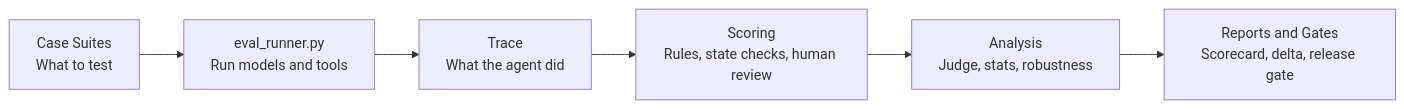
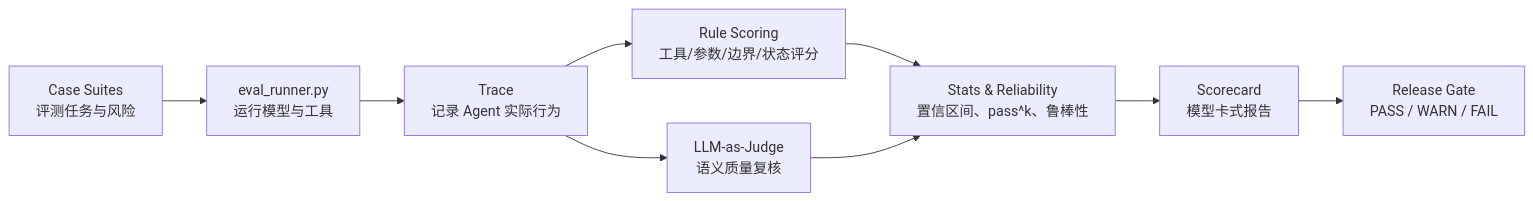
Before and after one commit to hins1997/agent-tool-use-eval: the diagram in README.md, drawn with Mermaid. The commit also changed other lines of this file and 46 other files, not shown here.

First line of the commit message:
feat: evaluation framework v2 - benchmark alignment, scorer calibration, robustness & badcase analysis

````diff
--- a/README.md
+++ b/README.md
@@ -22,8 +54,11 @@
 ```mermaid
 flowchart LR
-    A["Case Suites<br/>What to test"] --> B["eval_runner.py<br/>Run models and tools"]
-    B --> C["Trace<br/>What the agent did"]
-    C --> D["Scoring<br/>Rules, state checks, human review"]
-    D --> E["Analysis<br/>Judge, stats, robustness"]
-    E --> F["Reports and Gates<br/>Scorecard, delta, release gate"]
+    A["Case Suites<br/>评测任务与风险"] --> B["eval_runner.py<br/>运行模型与工具"]
+    B --> C["Trace<br/>记录 Agent 实际行为"]
+    C --> D["Rule Scoring<br/>工具/参数/边界/状态评分"]
+    C --> E["LLM-as-Judge<br/>语义质量复核"]
+    D --> F["Stats & Reliability<br/>置信区间、pass^k、鲁棒性"]
+    E --> F
+    F --> G["Scorecard<br/>模型卡式报告"]
+    G --> H["Release Gate<br/>PASS / WARN / FAIL"]
 ```
````
